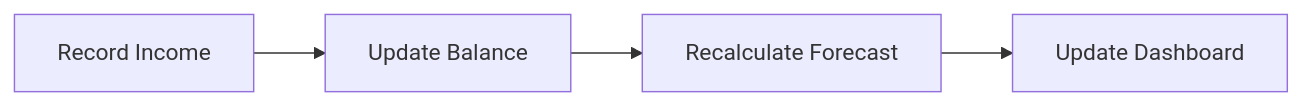
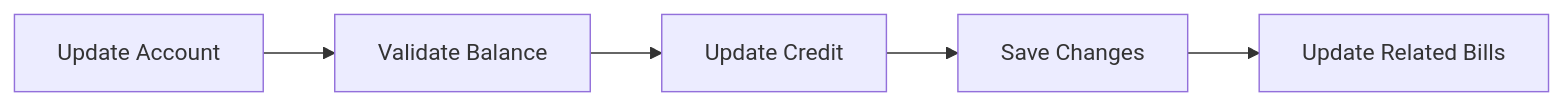
One commit to AstroMined/debtonator changed the third of 4 diagrams in docs/system_patterns.md. Above: the diagram before and after it, drawn with Mermaid. The commit also changed other lines of this file and 29 other files, not shown here.

````diff
--- a/docs/system_patterns.md
+++ b/docs/system_patterns.md
@@ -84,6 +108,7 @@
 ```mermaid
 graph LR
-    A[Record Income] --> B[Update Balance]
-    B --> C[Recalculate Forecast]
-    C --> D[Update Dashboard]
+    A[Update Account] --> B[Validate Balance]
+    B --> C[Update Credit]
+    C --> D[Save Changes]
+    D --> E[Update Related Bills]
 ```
````
